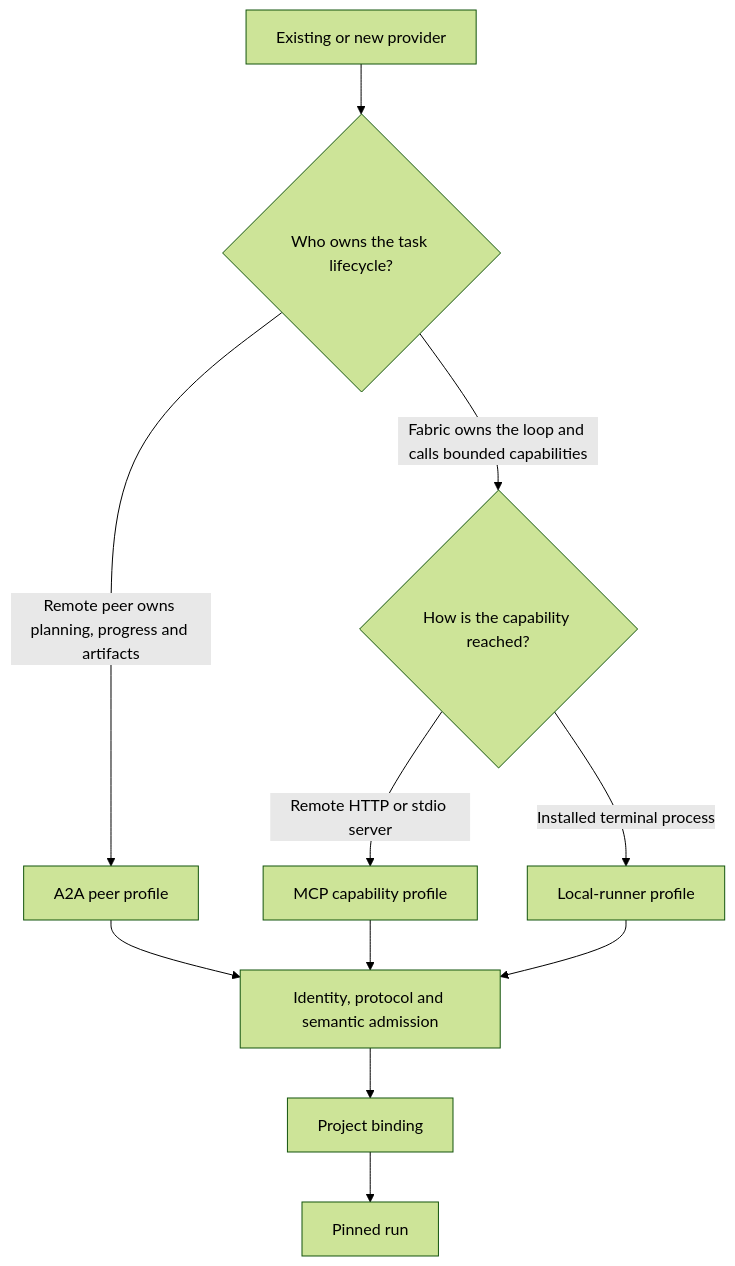
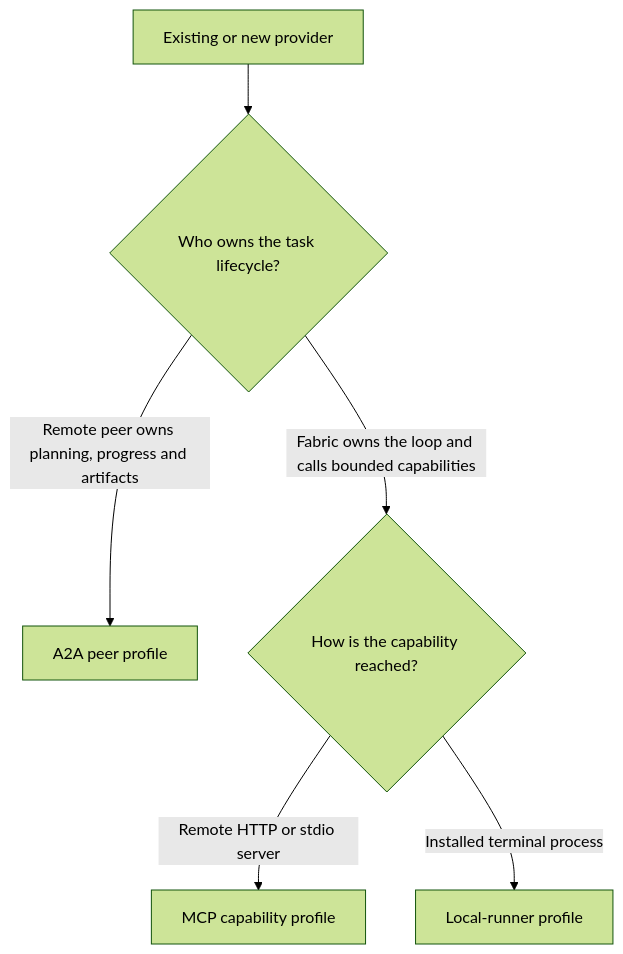
Before and after one commit to passioncode-ai/fabric-agent-contract: the first of 3 diagrams in docs/guides/connecting-compatible-agents.md, drawn with Mermaid (forest theme). The commit also changed other lines of this file and 15 other files, not shown here.

````diff
--- a/docs/guides/connecting-compatible-agents.md
+++ b/docs/guides/connecting-compatible-agents.md
@@ -24,13 +50,8 @@
 ```mermaid
 flowchart TD
   S[Existing or new provider] --> O{Who owns the task lifecycle?}
   O -->|Remote peer owns planning, progress and artifacts| A[A2A peer profile]
   O -->|Fabric owns the loop and calls bounded capabilities| M{How is the capability reached?}
   M -->|Remote HTTP or stdio server| MCP[MCP capability profile]
   M -->|Installed terminal process| L[Local-runner profile]
-  A --> ADMIT[Identity, protocol and semantic admission]
-  MCP --> ADMIT
-  L --> ADMIT
-  ADMIT --> BIND[Project binding]
-  BIND --> RUN[Pinned run]
 ```
````
